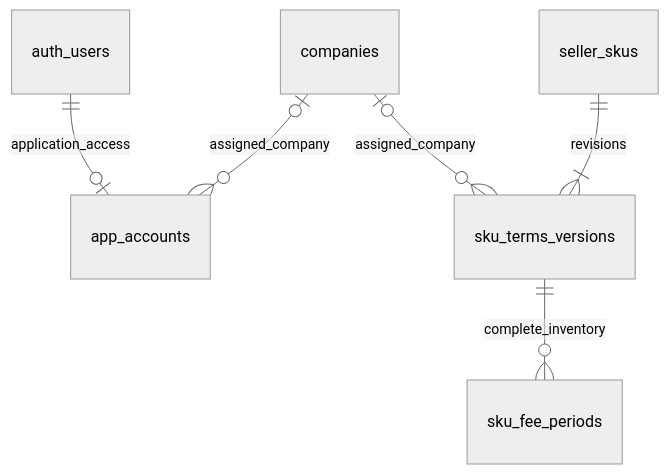
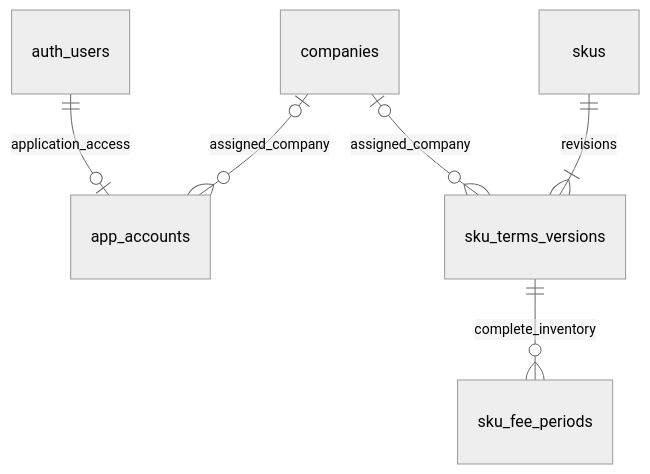
Before and after one commit to qwercxzsda/A-SelBox: the second of 4 diagrams in docs/database_schema.md, drawn with Mermaid (neutral theme). The commit also changed other lines of this file and 123 other files, not shown here.

First line of the commit message:
fix: unify SKU identity and reads across seller namespaces

````diff
--- a/docs/database_schema.md
+++ b/docs/database_schema.md
@@ -34,8 +34,8 @@
 ```mermaid
 erDiagram
     auth_users ||--o| app_accounts : application_access
     companies o|--o{ app_accounts : assigned_company
     companies o|--o{ sku_terms_versions : assigned_company
-    seller_skus ||--|{ sku_terms_versions : revisions
+    skus ||--|{ sku_terms_versions : revisions
     sku_terms_versions ||--o{ sku_fee_periods : complete_inventory
 ```
````
